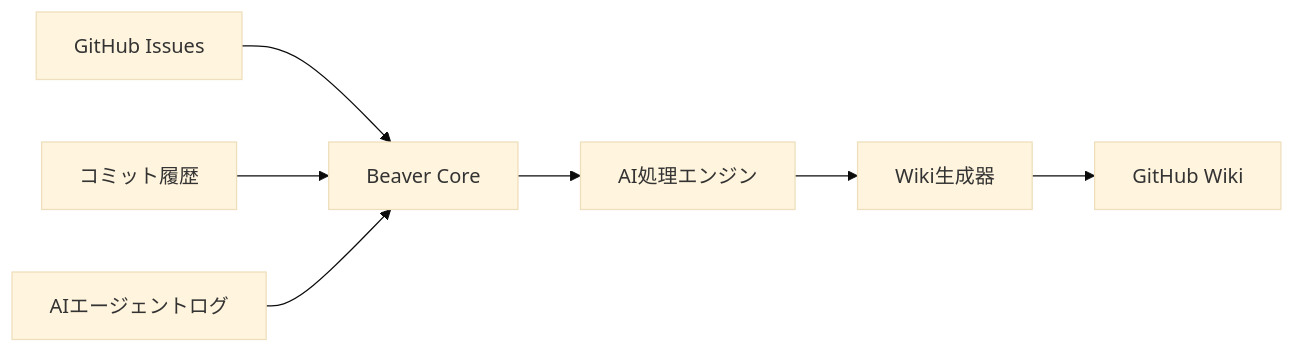
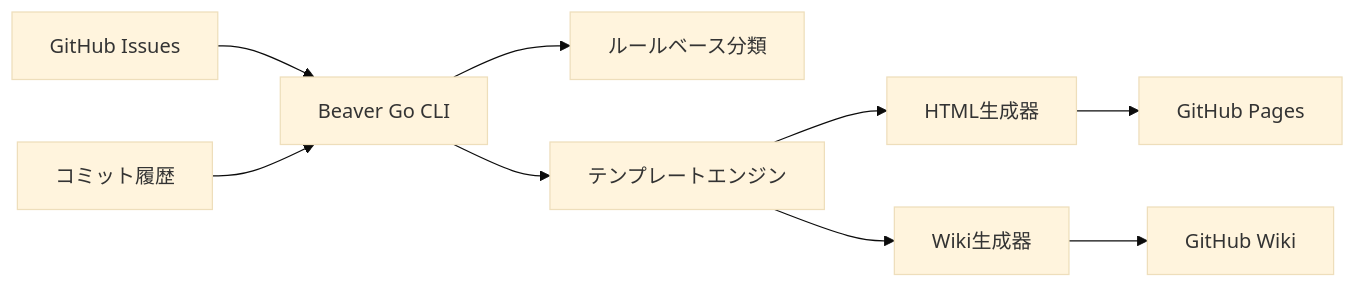
The first of 2 diagrams in README.md (nyasuto/beaver), drawn with Mermaid (base theme) before and after one commit. The commit also changed other lines of this file, not shown here.

````diff
--- a/README.md
+++ b/README.md
@@ -59,9 +61,11 @@
 ```mermaid
 graph LR
-    A[GitHub Issues] --> D[Beaver Core]
-    B[コミット履歴] --> D
-    C[AIエージェントログ] --> D
-    D --> E[AI処理エンジン]
-    E --> F[Wiki生成器]
-    F --> G[GitHub Wiki]
+    A[GitHub Issues] --> B[Beaver Go CLI]
+    C[コミット履歴] --> B
+    B --> D[ルールベース分類]
+    B --> E[テンプレートエンジン]
+    E --> F[HTML生成器]
+    E --> G[Wiki生成器]
+    F --> H[GitHub Pages]
+    G --> I[GitHub Wiki]
 ```
````
